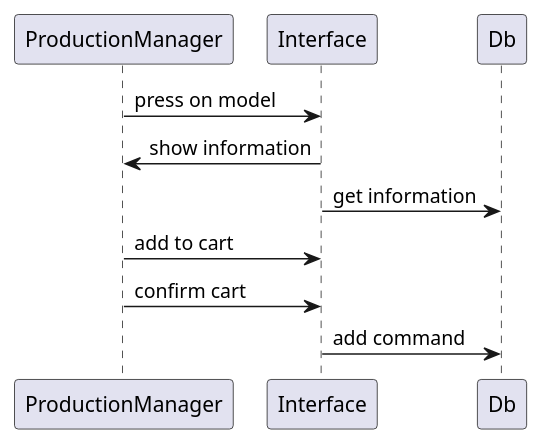
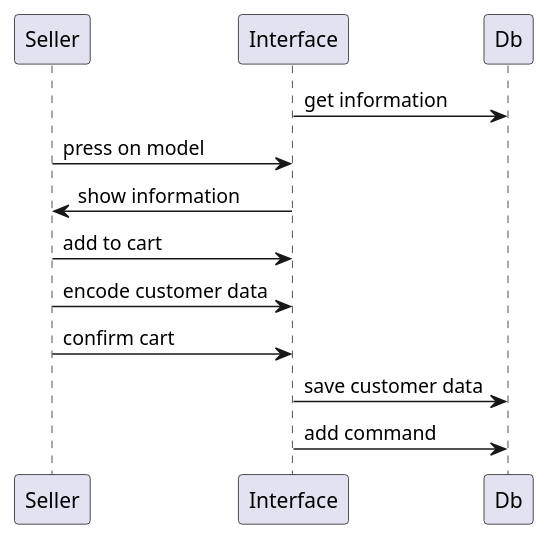
The diagram in diagrams/Current/PlantUML/sequence/addcommand.plantuml (fred-corp/Bovelo_PG3L_ECAM), drawn with PlantUML before and after one commit. The commit also changed other lines of this file and 9 other files, not shown here.

```diff
--- a/diagrams/Current/PlantUML/sequence/addcommand.plantuml
+++ b/diagrams/Current/PlantUML/sequence/addcommand.plantuml
@@ -1,9 +2,17 @@
 @startuml
-ProductionManager-> Interface: press on model
-Interface->ProductionManager: show information
-Interface -> Db: get information
-ProductionManager-> Interface: add to cart
-ProductionManager-> Interface: confirm cart
+participant Seller
+participant Interface
+participant Db
+Interface ->Db: get information
+Seller-> Interface: press on model
+
+Interface->Seller: show information
+
+Seller-> Interface: add to cart
+Seller-> Interface: encode customer data
+
+Seller-> Interface: confirm cart
+Interface -> Db: save customer data
 Interface -> Db: add command
 
 @enduml
```
